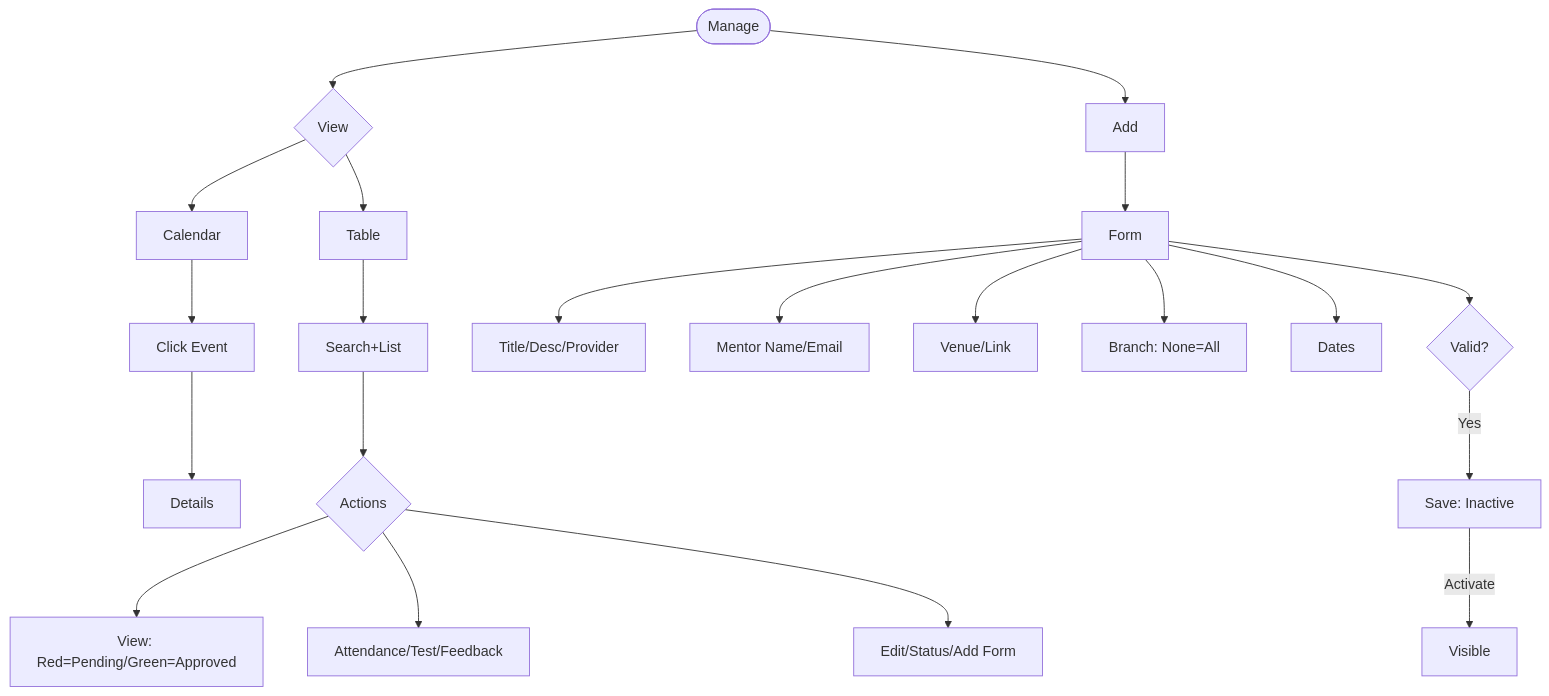
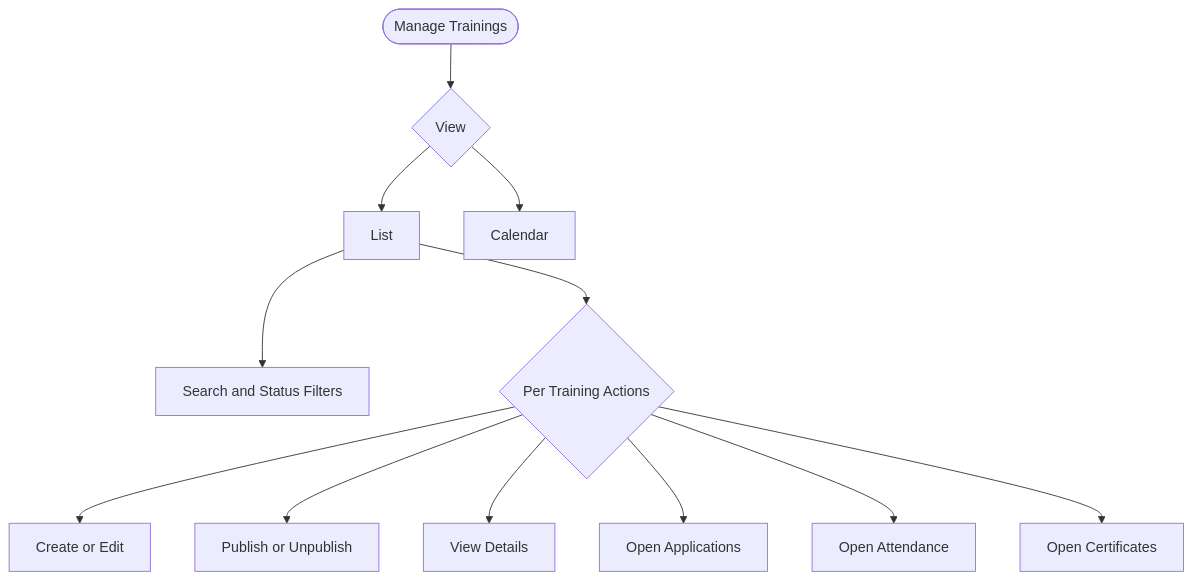
The fifth of 27 diagrams in TRAINING_CALENDAR_FLOW_DIAGRAMS.md (gunjangupta-gh/placeintern), drawn with Mermaid before and after one commit. The commit also changed other lines of this file and 1 other file, not shown here.

Commit message:
feat: add timezone handling for attendance date resolution in TrainingAttendanceService

````diff
--- a/TRAINING_CALENDAR_FLOW_DIAGRAMS.md
+++ b/TRAINING_CALENDAR_FLOW_DIAGRAMS.md
@@ -115,17 +98,14 @@
 ```mermaid
 flowchart TD
-    A([Manage])-->B{View}
-    B-->C[Table]-->D[Search+List]
-    B-->E[Calendar]-->F[Click Event]-->G[Details]
-    A-->H[Add]-->I[Form]
-    I-->J[Title/Desc/Provider]
-    I-->K[Mentor Name/Email]
-    I-->L[Venue/Link]
-    I-->M[Branch: None=All]
-    I-->N[Dates]
-    I-->O{Valid?}-->|Yes|P[Save: Inactive]-->|Activate|Q[Visible]
-    D-->R{Actions}
-    R-->S[View: Red=Pending/Green=Approved]
-    R-->T[Attendance/Test/Feedback]
-    R-->U[Edit/Status/Add Form]
+    A([Manage Trainings]) --> B{View}
+    B --> C[List]
+    B --> D[Calendar]
+    C --> E[Search and Status Filters]
+    C --> F{Per Training Actions}
+    F --> G[Create or Edit]
+    F --> H[Publish or Unpublish]
+    F --> I[View Details]
+    F --> J[Open Applications]
+    F --> K[Open Attendance]
+    F --> L[Open Certificates]
 ```
````
